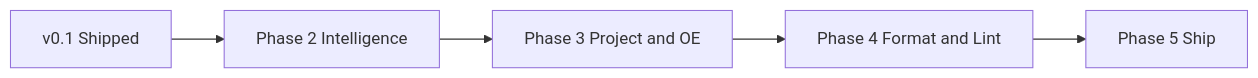
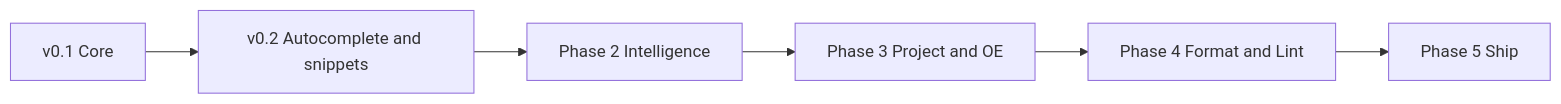
The diagram in README.md (wynand22erasmus/abl-helper), drawn with Mermaid before and after one commit. The commit also changed other lines of this file and 23 other files, not shown here.

````diff
--- a/README.md
+++ b/README.md
@@ -129,13 +131,15 @@
 ```mermaid
 flowchart LR
-  v01[v0.1 Shipped]
+  v01[v0.1 Core]
+  v02[v0.2 Autocomplete and snippets]
   p2[Phase 2 Intelligence]
   p3[Phase 3 Project and OE]
   p4[Phase 4 Format and Lint]
   p5[Phase 5 Ship]
 
-  v01 --> p2
+  v01 --> v02
+  v02 --> p2
   p2 --> p3
   p3 --> p4
   p4 --> p5
 ```
````
